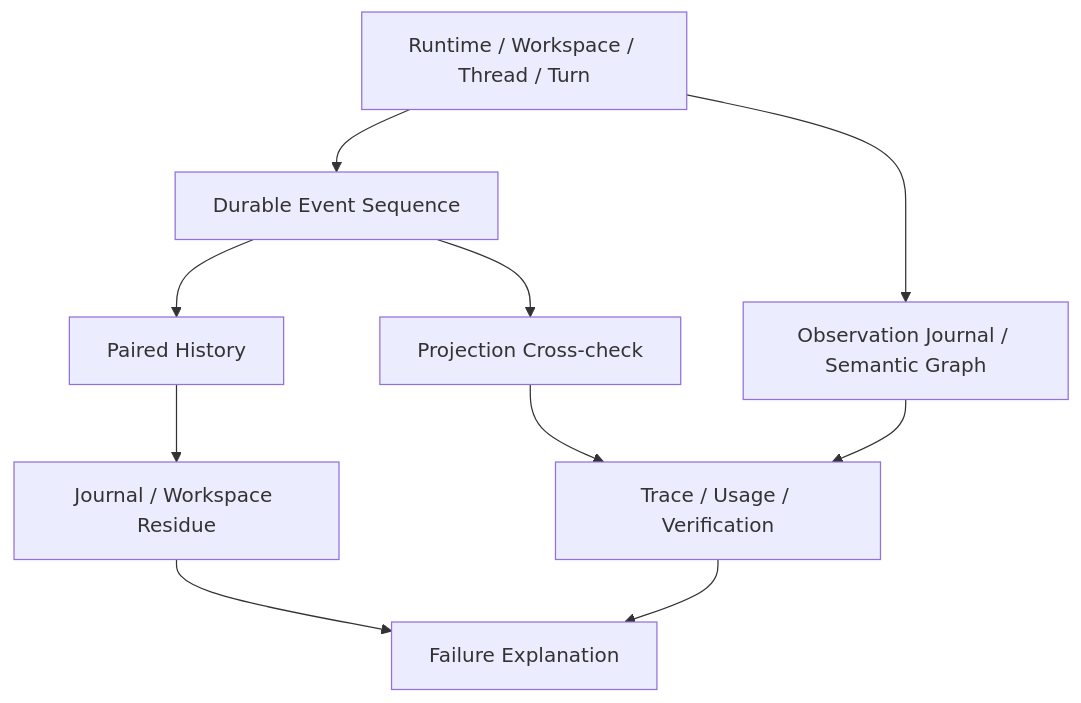
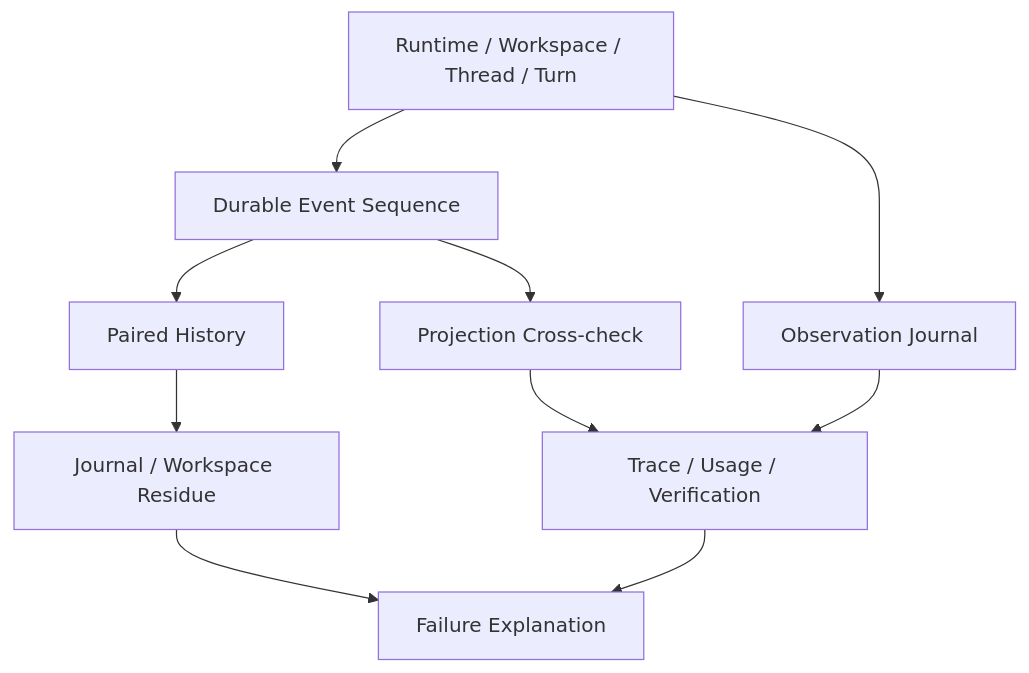
Before and after one commit to fwtllh-png/CodeHelper: the diagram in docs/book/zh-CN/08-state-observability/06-reconstructing-failures.md, drawn with Mermaid. The commit also changed other lines of this file and 284 other files, not shown here.

````diff
--- a/docs/book/zh-CN/08-state-observability/06-reconstructing-failures.md
+++ b/docs/book/zh-CN/08-state-observability/06-reconstructing-failures.md
@@ -42,12 +42,12 @@
 ```mermaid
 flowchart TD
     I[Runtime / Workspace / Thread / Turn] --> E[Durable Event Sequence]
     E --> H[Paired History]
     E --> P[Projection Cross-check]
     H --> J[Journal / Workspace Residue]
     P --> T[Trace / Usage / Verification]
-    I --> O[Observation Journal / Semantic Graph]
+    I --> O[Observation Journal]
     O --> T
     J --> R[Failure Explanation]
     T --> R
 ```
````
